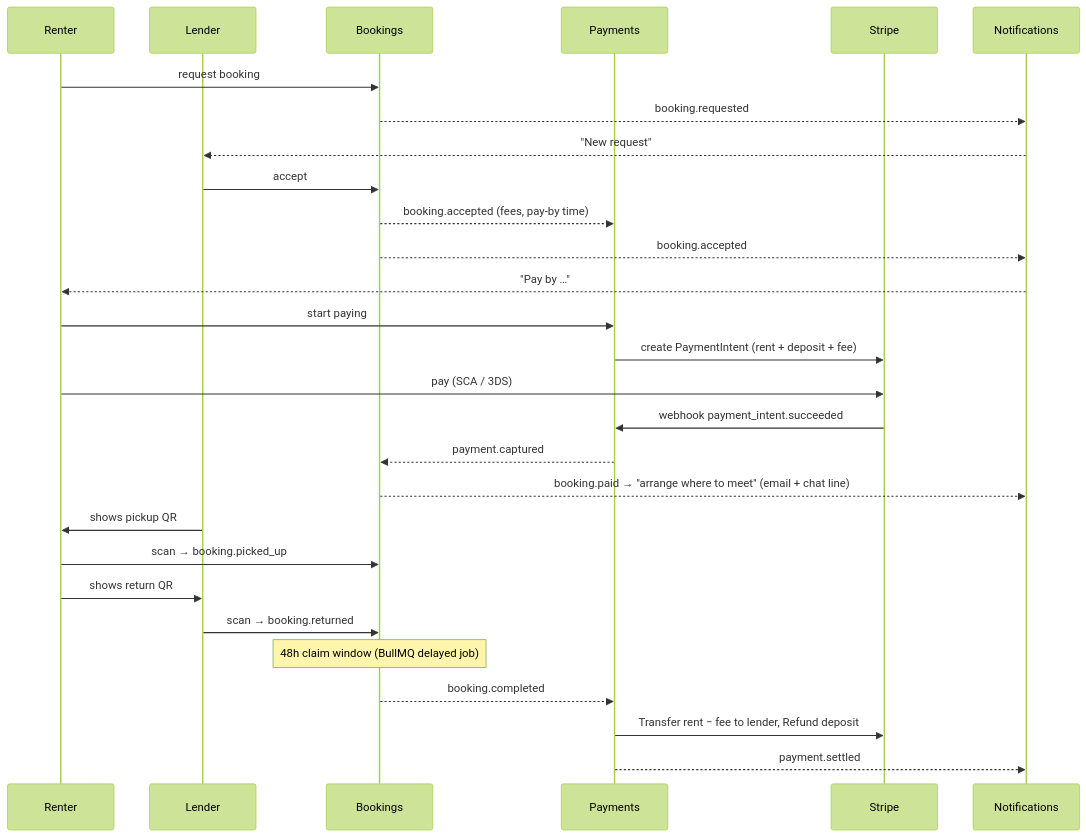
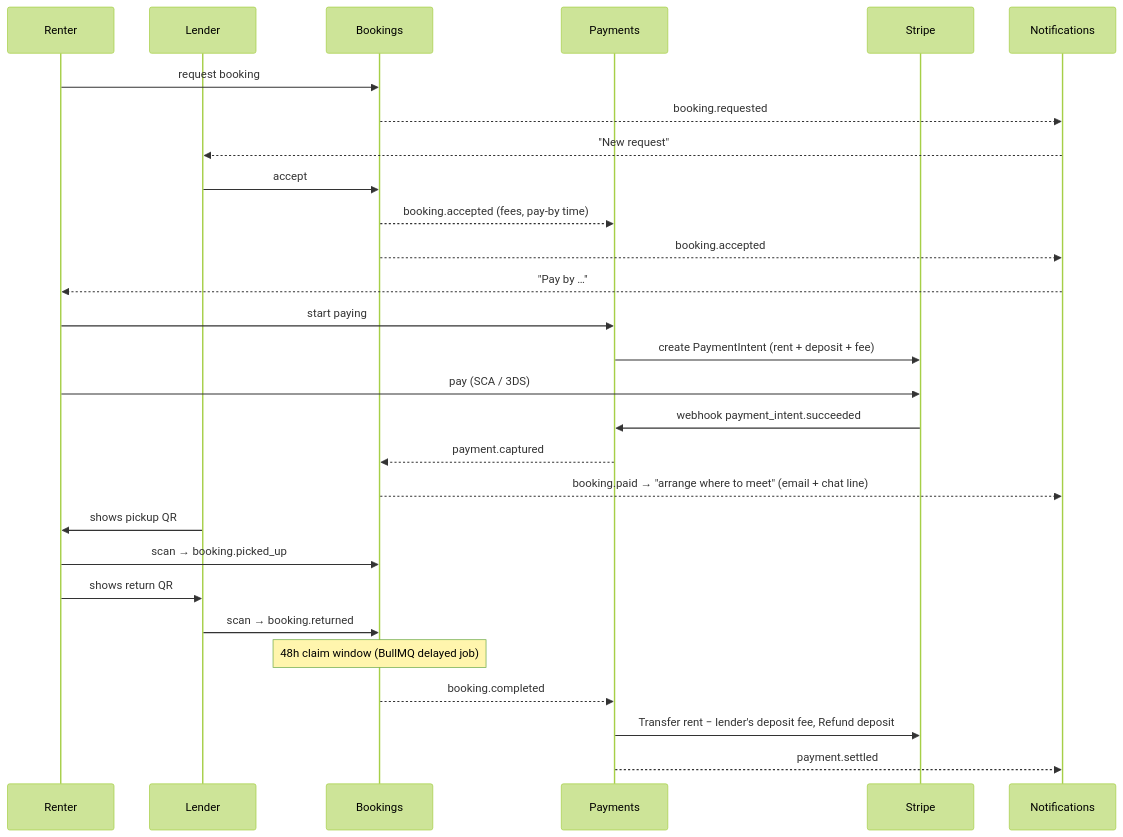
Before and after one commit to pavlmarg/BorrowBox: the fourth of 4 diagrams in docs/ARCHITECTURE.md, drawn with Mermaid (forest theme). The commit also changed other lines of this file and 5 other files, not shown here.

````diff
--- a/docs/ARCHITECTURE.md
+++ b/docs/ARCHITECTURE.md
@@ -263,31 +263,31 @@
 ```mermaid
 sequenceDiagram
     participant R as Renter
     participant L as Lender
     participant B as Bookings
     participant P as Payments
     participant S as Stripe
     participant N as Notifications
 
     R->>B: request booking
     B-->>N: booking.requested
     N-->>L: "New request"
     L->>B: accept
     B-->>P: booking.accepted (fees, pay-by time)
     B-->>N: booking.accepted
     N-->>R: "Pay by …"
     R->>P: start paying
     P->>S: create PaymentIntent (rent + deposit + fee)
     R->>S: pay (SCA / 3DS)
     S->>P: webhook payment_intent.succeeded
     P-->>B: payment.captured
     B-->>N: booking.paid → "arrange where to meet" (email + chat line)
     L->>R: shows pickup QR
     R->>B: scan → booking.picked_up
     R->>L: shows return QR
     L->>B: scan → booking.returned
     Note over B: 48h claim window (BullMQ delayed job)
     B-->>P: booking.completed
-    P->>S: Transfer rent − fee to lender, Refund deposit
+    P->>S: Transfer rent − lender's deposit fee, Refund deposit
     P-->>N: payment.settled
 ```
````
